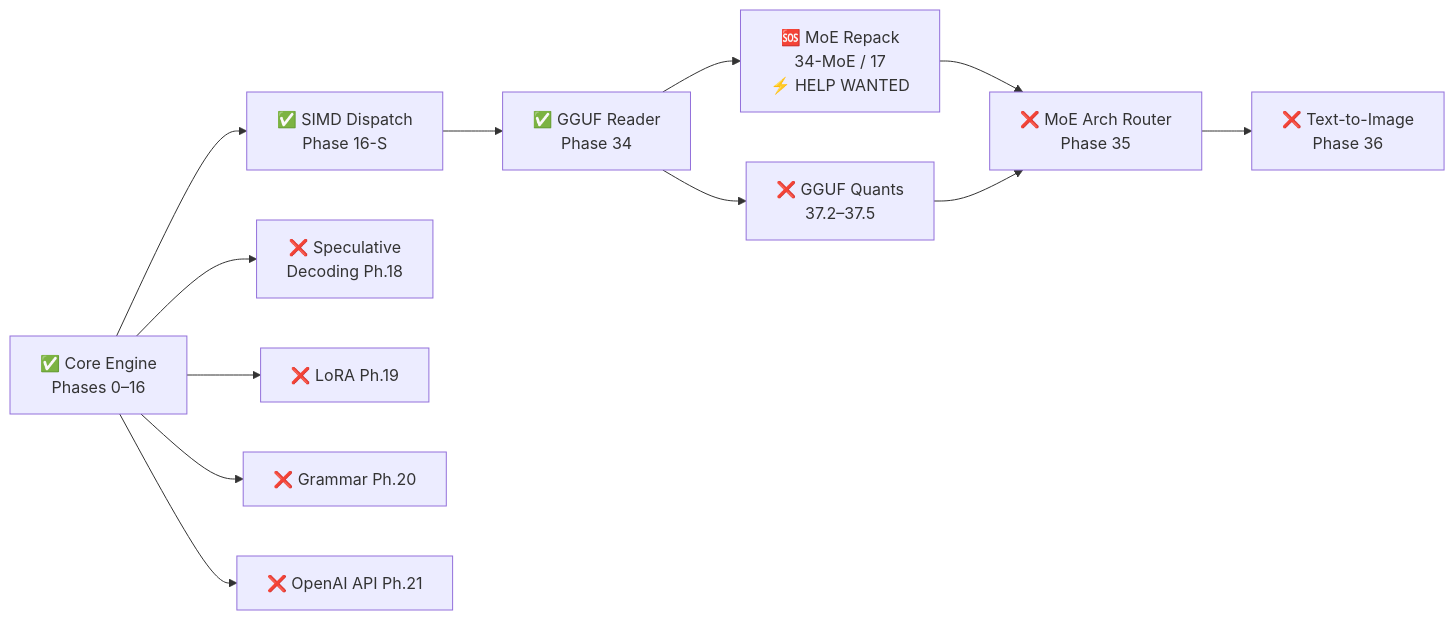
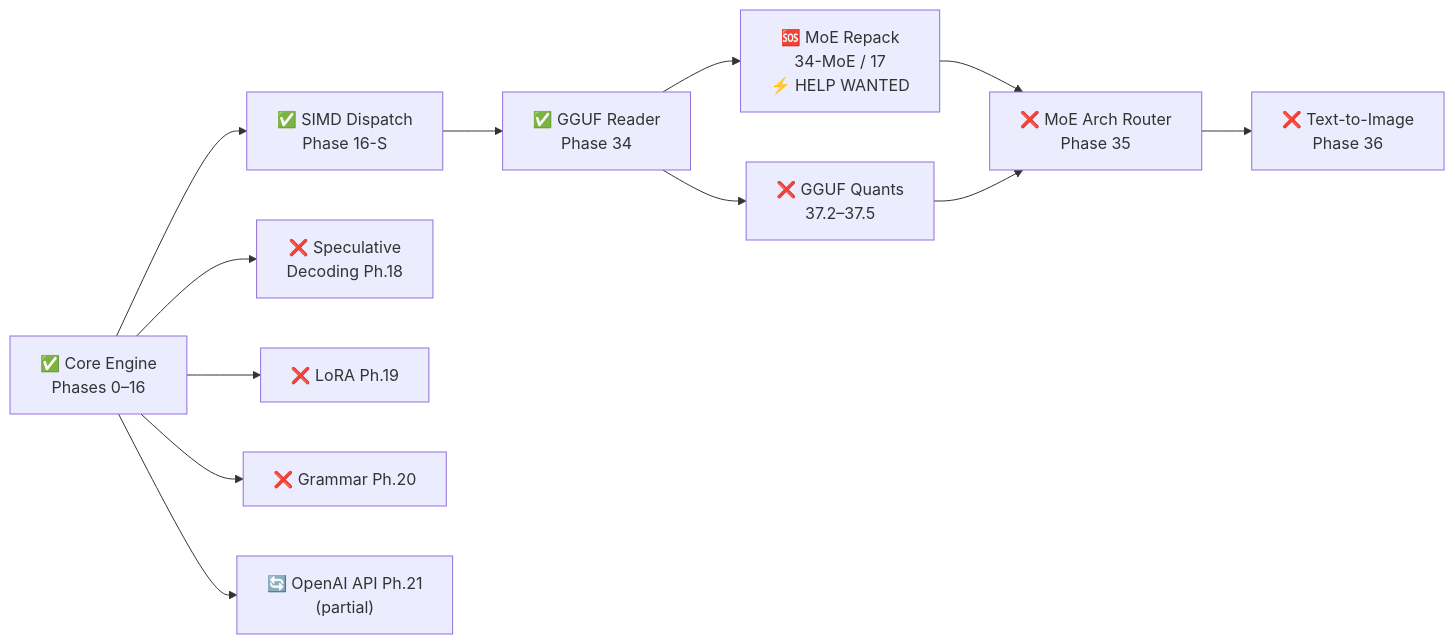
The second of 2 diagrams in .github/ROADMAP.md (sherwin-casem/BitForge), drawn with Mermaid before and after one commit. The commit also changed other lines of this file and 7 other files, not shown here.

````diff
--- a/.github/ROADMAP.md
+++ b/.github/ROADMAP.md
@@ -28,14 +28,14 @@
 ```mermaid
 flowchart LR
     A["✅ Core Engine\nPhases 0–16"] --> B["✅ SIMD Dispatch\nPhase 16-S"]
     B --> C["✅ GGUF Reader\nPhase 34"]
     C --> D["🆘 MoE Repack\n34-MoE / 17\n⚡ HELP WANTED"]
     D --> E["❌ MoE Arch Router\nPhase 35"]
     E --> F["❌ Text-to-Image\nPhase 36"]
     C --> G["❌ GGUF Quants\n37.2–37.5"]
     G --> E
     A --> H["❌ Speculative\nDecoding Ph.18"]
     A --> I["❌ LoRA Ph.19"]
     A --> J["❌ Grammar Ph.20"]
-    A --> K["❌ OpenAI API Ph.21"]
+    A --> K["🔄 OpenAI API Ph.21\n(partial)"]
 ```
````
